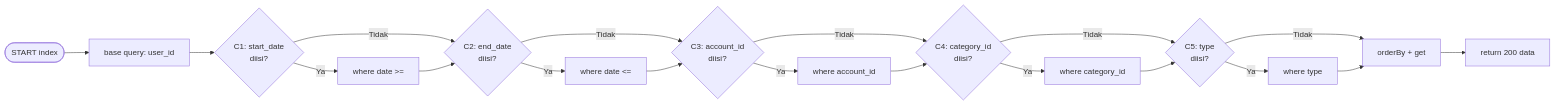
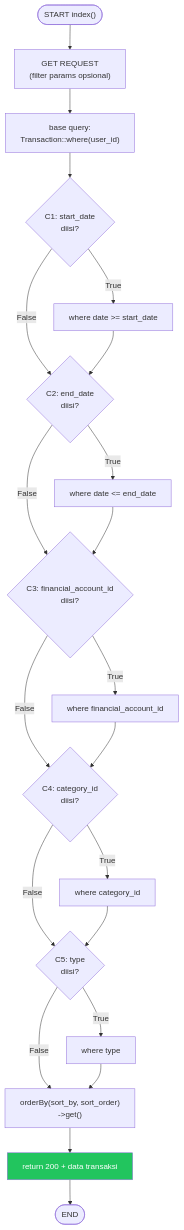
One commit to JarJel/SQA-project changed the fifth of 8 diagrams in Software Testing Documentation/White Box Testing/Control_Flow_Testing.md. Above: the diagram before and after it, drawn with Mermaid. The commit also changed other lines of this file, not shown here.

````diff
--- a/Software Testing Documentation/White Box Testing/Control_Flow_Testing.md
+++ b/Software Testing Documentation/White Box Testing/Control_Flow_Testing.md
@@ -171,21 +442,25 @@
 ```mermaid
-flowchart LR
-    A([START index]) --> B[base query: user_id]
-    B --> C{C1: start_date\ndiisi?}
-    C -- Ya --> C1[where date >=]
-    C -- Tidak --> D{C2: end_date\ndiisi?}
+flowchart TD
+    START(["START index()"]) --> A["GET REQUEST\n(filter params opsional)"]
+    A --> B["base query:\nTransaction::where(user_id)"]
+    B --> C{"C1: start_date\ndiisi?"}
+    C -- True --> C1["where date >= start_date"]
+    C -- False --> D{"C2: end_date\ndiisi?"}
     C1 --> D
-    D -- Ya --> D1[where date <=]
-    D -- Tidak --> E{C3: account_id\ndiisi?}
+    D -- True --> D1["where date <= end_date"]
+    D -- False --> E{"C3: financial_account_id\ndiisi?"}
     D1 --> E
-    E -- Ya --> E1[where account_id]
-    E -- Tidak --> F{C4: category_id\ndiisi?}
+    E -- True --> E1["where financial_account_id"]
+    E -- False --> F{"C4: category_id\ndiisi?"}
     E1 --> F
-    F -- Ya --> F1[where category_id]
-    F -- Tidak --> G{C5: type\ndiisi?}
+    F -- True --> F1["where category_id"]
+    F -- False --> G{"C5: type\ndiisi?"}
     F1 --> G
-    G -- Ya --> G1[where type]
-    G -- Tidak --> H[orderBy + get]
+    G -- True --> G1["where type"]
+    G -- False --> H["orderBy(sort_by, sort_order)\n->get()"]
     G1 --> H
-    H --> I[return 200 data]
+    H --> I["return 200 + data transaksi"]
+    I --> END(["END"])
+
+    style I fill:#22c55e,color:#fff
 ```
````
